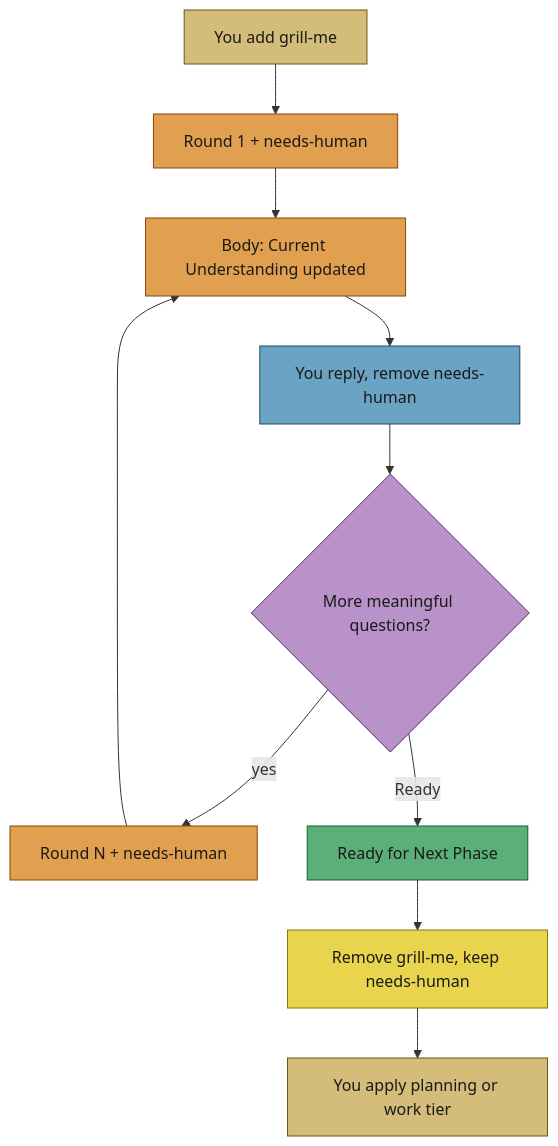
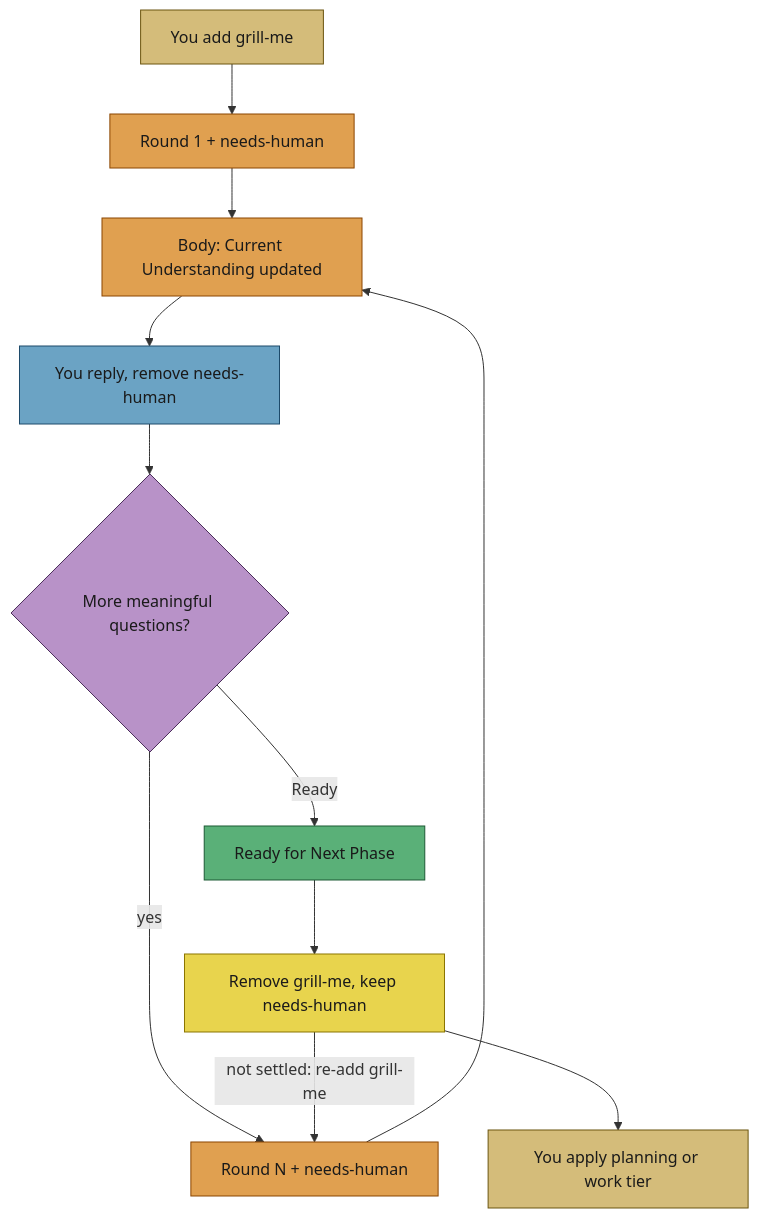
One commit to stSoftwareAU/VibeCoder changed the second of 6 diagrams in docs/workflows/label-flows.md. Above: the diagram before and after it, drawn with Mermaid. The commit also changed other lines of this file and 4 other files, not shown here.

````diff
--- a/docs/workflows/label-flows.md
+++ b/docs/workflows/label-flows.md
@@ -114,21 +116,22 @@
 ```mermaid
 flowchart TD
   Label["You add grill-me"] --> R1["Round 1 + needs-human"]
   R1 --> Body["Body: Current Understanding updated"]
   Body --> Reply["You reply, remove needs-human"]
   Reply --> Done{"More meaningful questions?"}
   Done -->|yes| RN["Round N + needs-human"]
   RN --> Body
   Done -->|Ready| Final["Ready for Next Phase"]
   Final --> Rm["Remove grill-me, keep needs-human"]
   Rm --> Dev["You apply planning or work tier"]
+  Rm -->|not settled: re-add grill-me| RN
   style Label fill:#d4bc7a,stroke:#6b5510,color:#1a1a1a
   style R1 fill:#e0a050,stroke:#8b4500,color:#1a1a1a
   style Body fill:#e0a050,stroke:#8b4500,color:#1a1a1a
   style Reply fill:#6ba3c4,stroke:#1d4a6a,color:#1a1a1a
   style Done fill:#b892c8,stroke:#4a2d5a,color:#1a1a1a
   style RN fill:#e0a050,stroke:#8b4500,color:#1a1a1a
   style Final fill:#5ab078,stroke:#1d5a35,color:#1a1a1a
   style Rm fill:#e8d44d,stroke:#8b7500,color:#1a1a1a
   style Dev fill:#d4bc7a,stroke:#6b5510,color:#1a1a1a
 ```
````
